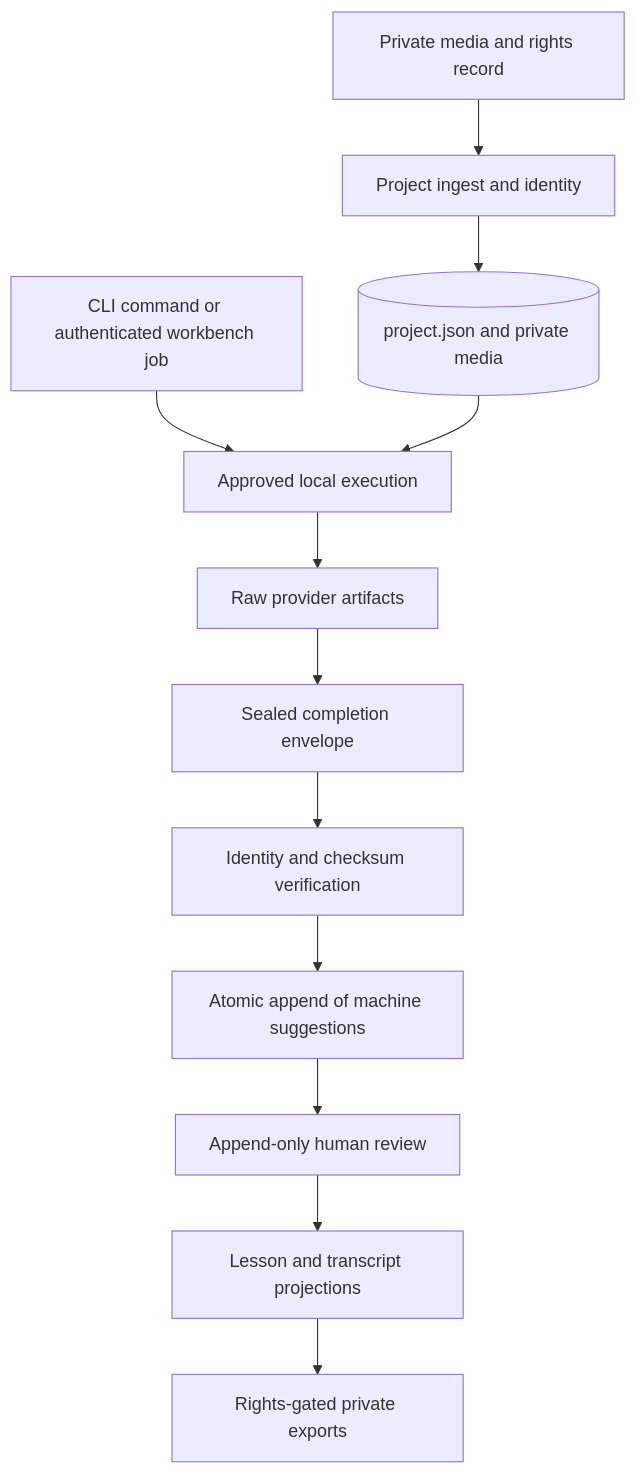
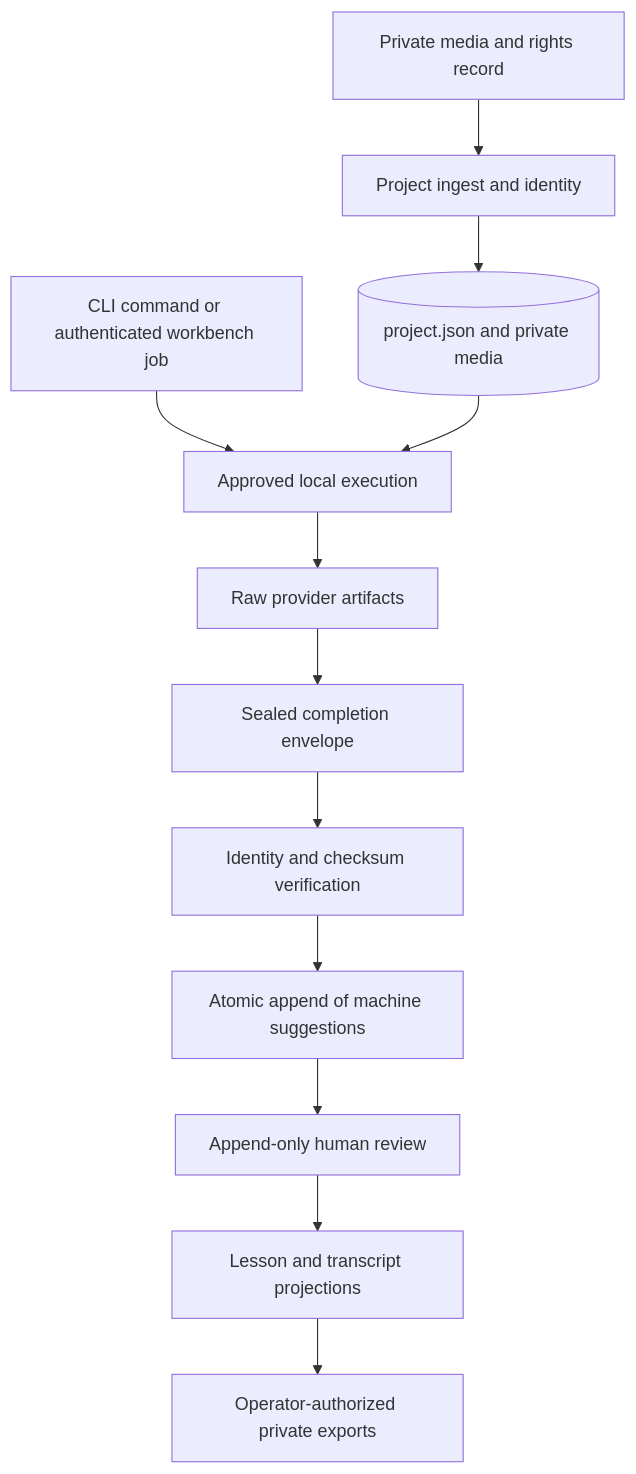
Before and after one commit to sebastianspicker/notewitness: the third of 3 diagrams in docs/architecture.md, drawn with Mermaid. The commit also changed other lines of this file and 80 other files, not shown here.

````diff
--- a/docs/architecture.md
+++ b/docs/architecture.md
@@ -100,14 +100,14 @@
 ```mermaid
 flowchart TD
   source[Private media and rights record] --> ingest[Project ingest and identity]
   ingest --> project[(project.json and private media)]
   request[CLI command or authenticated workbench job] --> execution[Approved local execution]
   project --> execution
   execution --> raw[Raw provider artifacts]
   raw --> envelope[Sealed completion envelope]
   envelope --> verify[Identity and checksum verification]
   verify --> suggestions[Atomic append of machine suggestions]
   suggestions --> review[Append-only human review]
   review --> projection[Lesson and transcript projections]
-  projection --> export[Rights-gated private exports]
+  projection --> export[Operator-authorized private exports]
 ```
````
